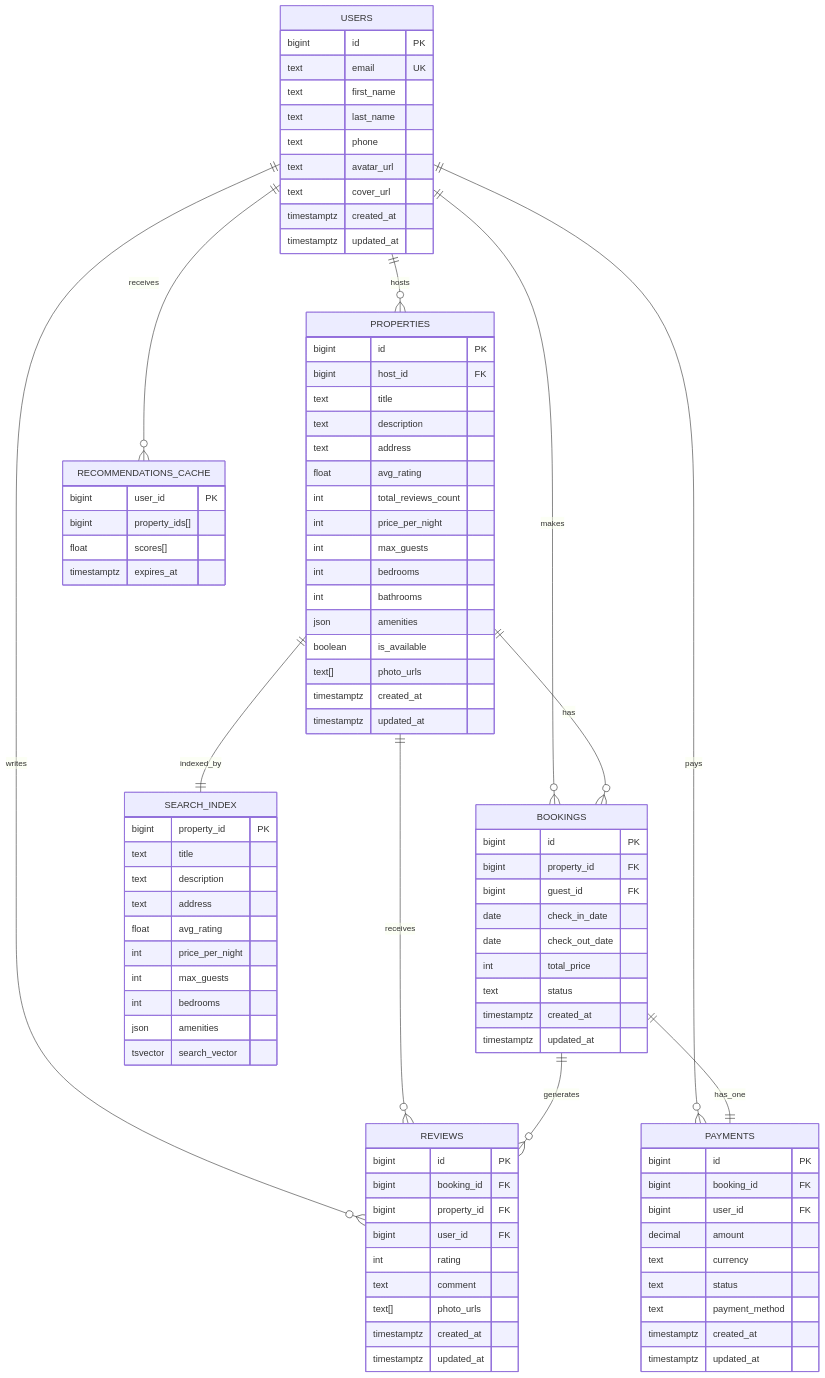
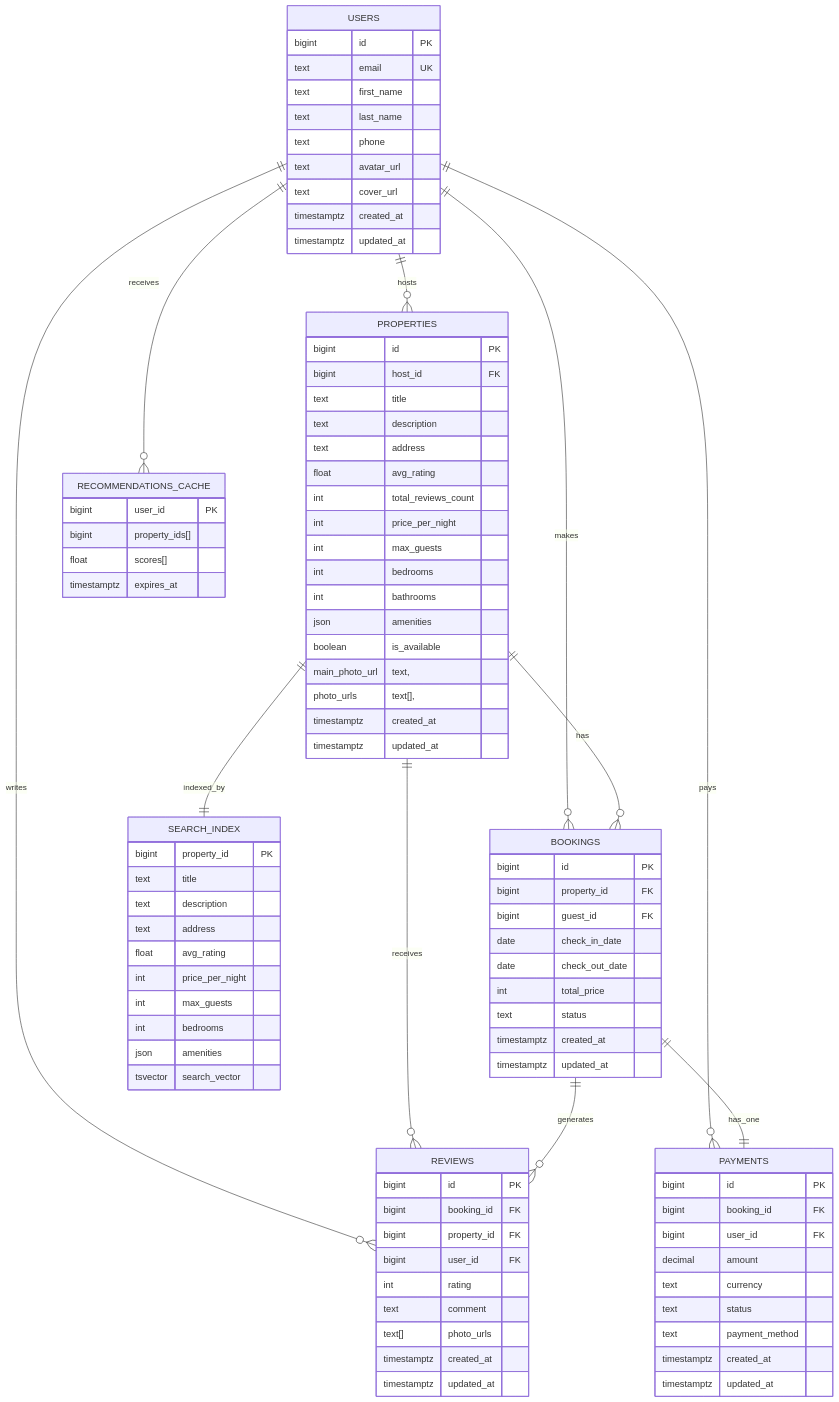
The second of 3 diagrams in README.md (1maryam2/vk_education_highload), drawn with Mermaid before and after one commit.

```diff
--- a/README.md
+++ b/README.md
@@ -523,7 +523,8 @@
         int bathrooms
         json amenities
         boolean is_available
-        text[] photo_urls
+        main_photo_url text,         
+        photo_urls text[], 
         timestamptz created_at
         timestamptz updated_at
     }
```
